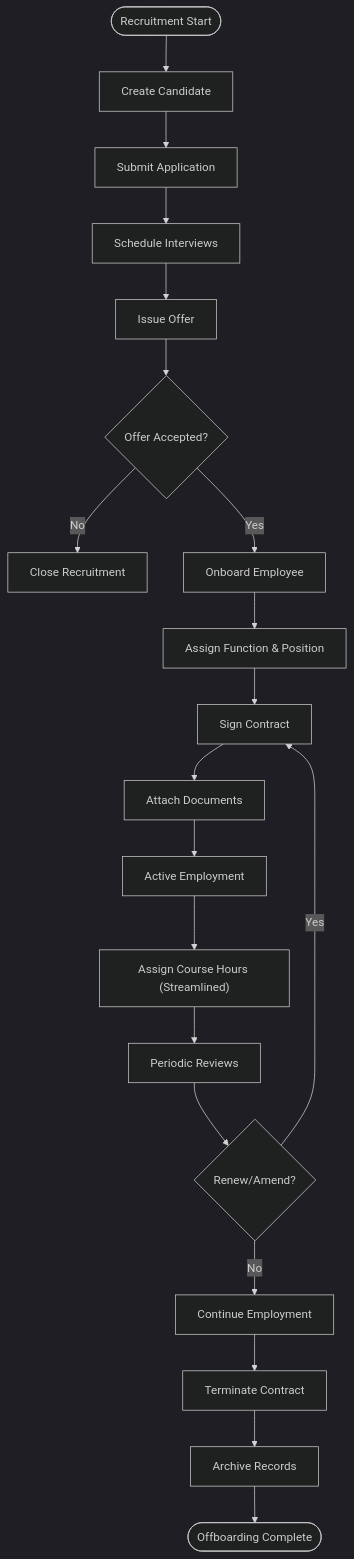
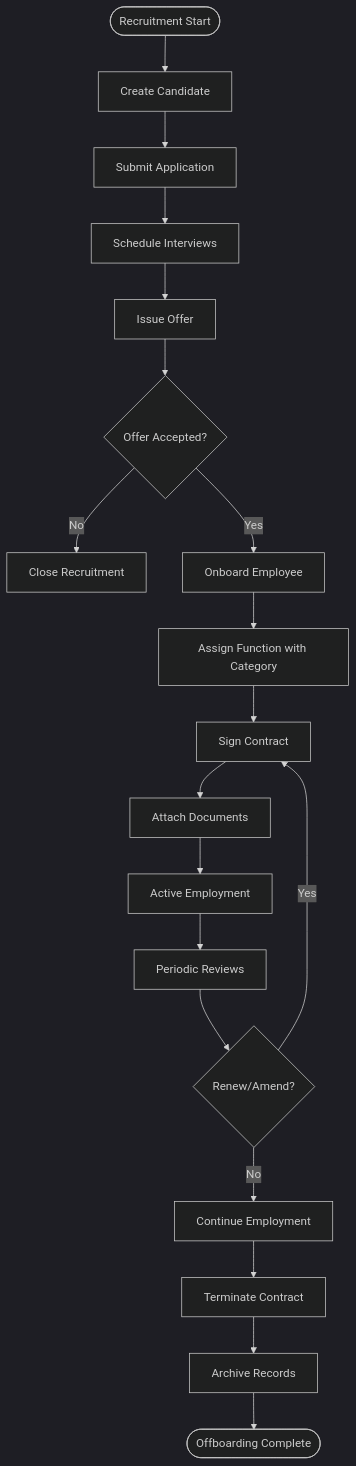
The third of 7 diagrams in .qoder/repowiki/en/content/Human Resources Management/Personnel Administration/Personnel Administration.md (franckylab/eLISAschool), drawn with Mermaid (dark theme) before and after one commit. The commit also changed other lines of this file and 21 other files, not shown here.

````diff
--- a/.qoder/repowiki/en/content/Human Resources Management/Personnel Administration/Personnel Administration.md
+++ b/.qoder/repowiki/en/content/Human Resources Management/Personnel Administration/Personnel Administration.md
@@ -224,22 +197,21 @@
 ```mermaid
 flowchart TD
 Start(["Recruitment Start"]) --> Candidate["Create Candidate"]
 Candidate --> Application["Submit Application"]
 Application --> Interview["Schedule Interviews"]
 Interview --> Offer["Issue Offer"]
 Offer --> Decision{"Offer Accepted?"}
 Decision --> |No| CloseRecruit["Close Recruitment"]
 Decision --> |Yes| Onboard["Onboard Employee"]
-Onboard --> AssignRole["Assign Function & Position"]
-AssignRole --> Contract["Sign Contract"]
+Onboard --> AssignFunction["Assign Function with Category"]
+AssignFunction --> Contract["Sign Contract"]
 Contract --> Docs["Attach Documents"]
 Docs --> Active["Active Employment"]
-Active --> CourseAssign["Assign Course Hours (Streamlined)"]
-CourseAssign --> Review["Periodic Reviews"]
+Active --> Review["Periodic Reviews"]
 Review --> Renewal{"Renew/Amend?"}
 Renewal --> |Yes| Contract
 Renewal --> |No| Continue["Continue Employment"]
 Continue --> Termination["Terminate Contract"]
 Termination --> Archive["Archive Records"]
 Archive --> End(["Offboarding Complete"])
 ```
````
